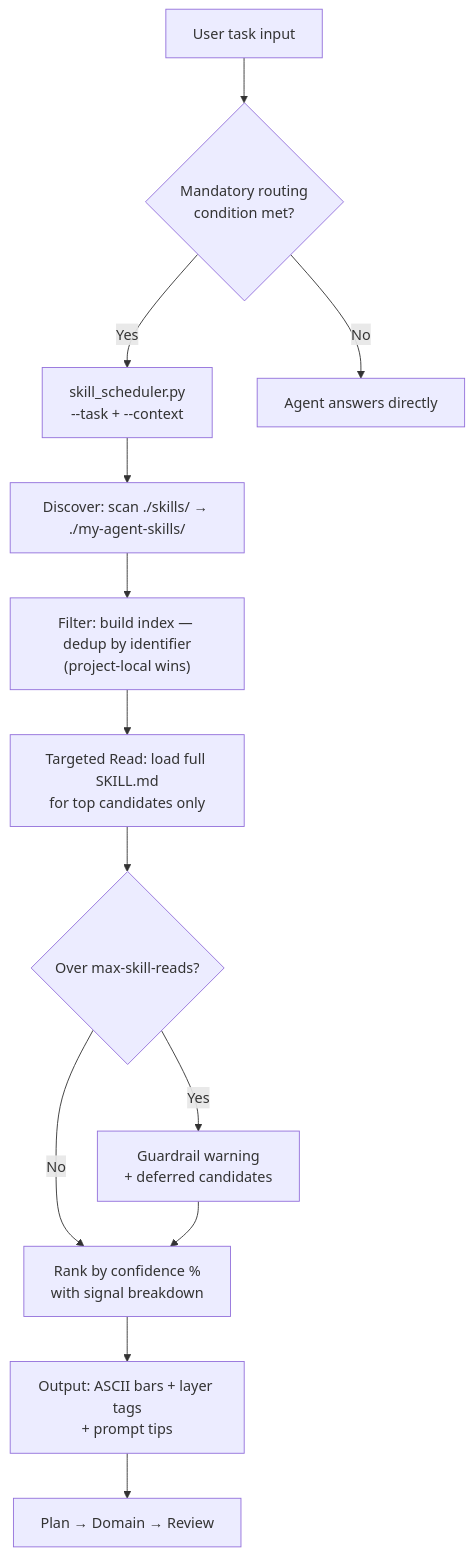
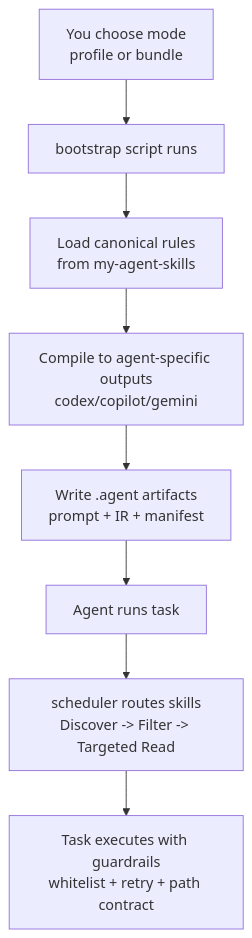
The first of 2 diagrams in README.md (Alanlee0323/my-agent-bootstrap), drawn with Mermaid before and after one commit. The commit also changed other lines of this file and 29 other files, not shown here.

Commit message:
feat: add bundle compiler and multi-agent adapter bootstrap flow

````diff
--- a/README.md
+++ b/README.md
@@ -100,18 +133,10 @@
 ```mermaid
 flowchart TD
-    A[User task input] --> B{Mandatory routing<br/>condition met?}
-    B -->|Yes| C["skill_scheduler.py<br/>--task + --context"]
-    B -->|No| D[Agent answers directly]
-
-    C --> E["Discover: scan ./skills/ → ./my-agent-skills/"]
-    E --> F["Filter: build index — dedup by identifier<br/>(project-local wins)"]
-    F --> G["Targeted Read: load full SKILL.md<br/>for top candidates only"]
-    G --> H{Over max-skill-reads?}
-
-    H -->|No| I["Rank by confidence %<br/>with signal breakdown"]
-    H -->|Yes| J["Guardrail warning<br/>+ deferred candidates"]
-    J --> I
-
-    I --> K["Output: ASCII bars + layer tags<br/>+ prompt tips"]
-    K --> L["Plan → Domain → Review"]
+    A[You choose mode<br/>profile or bundle] --> B[bootstrap script runs]
+    B --> C[Load canonical rules<br/>from my-agent-skills]
+    C --> D[Compile to agent-specific outputs<br/>codex/copilot/gemini]
+    D --> E[Write .agent artifacts<br/>prompt + IR + manifest]
+    E --> F[Agent runs task]
+    F --> G[scheduler routes skills<br/>Discover -> Filter -> Targeted Read]
+    G --> H[Task executes with guardrails<br/>whitelist + retry + path contract]
 ```
````
